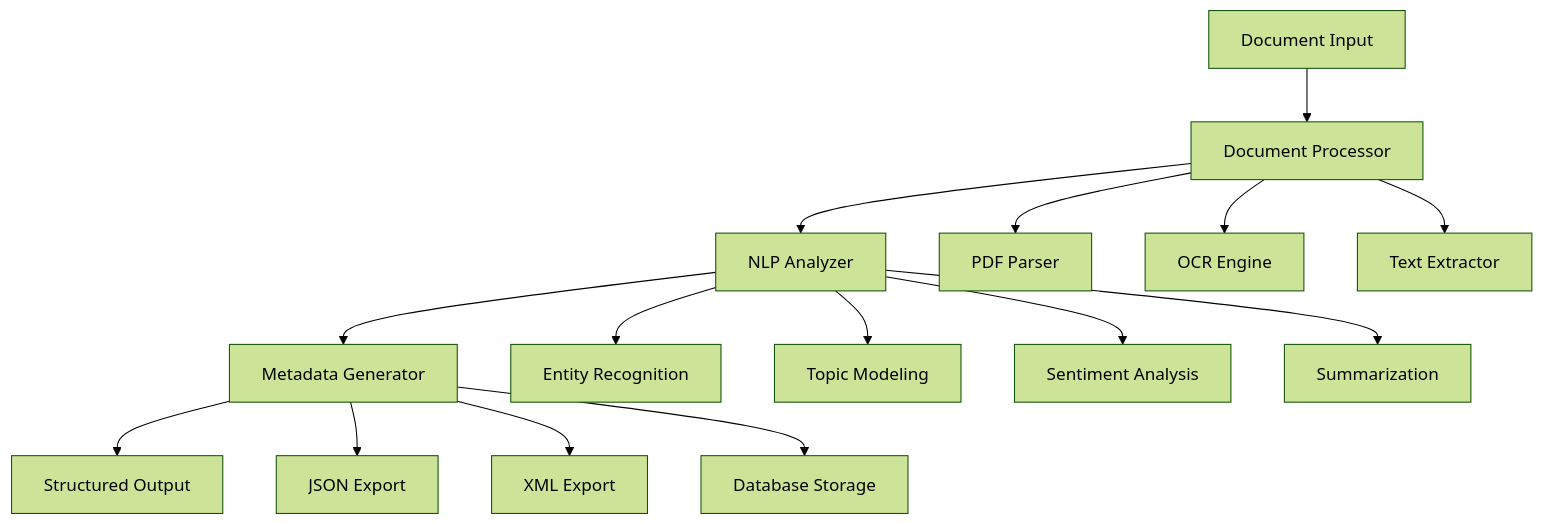
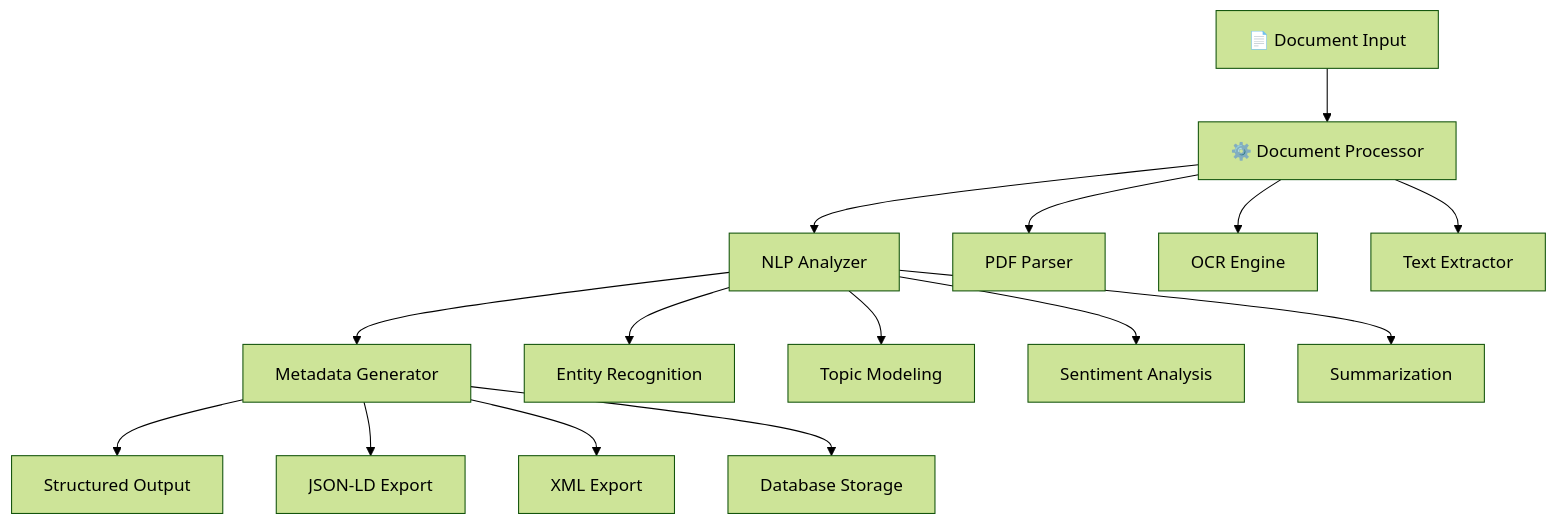
The diagram in README.md (t0bleronee/metadata_extraction), drawn with Mermaid (forest theme) before and after one commit. The commit also changed other lines of this file, not shown here.

````diff
--- a/README.md
+++ b/README.md
@@ -36,20 +36,23 @@
 ```mermaid
 graph TD
-    A[Document Input] --> B[Document Processor]
-    B --> C[NLP Analyzer]
-    C --> D[Metadata Generator]
-    D --> E[Structured Output]
-    
-    B --> B1[PDF Parser]
-    B --> B2[OCR Engine]
-    B --> B3[Text Extractor]
-    
-    C --> C1[Entity Recognition]
-    C --> C2[Topic Modeling]
-    C --> C3[Sentiment Analysis]
-    C --> C4[Summarization]
-    
-    D --> D1[JSON Export]
-    D --> D2[XML Export]
-    D --> D3[Database Storage]
+    A[📄 Document Input] --> B[⚙️ Document Processor]
+    B --> C[ NLP Analyzer]
+    C --> D[ Metadata Generator]
+    D --> E[ Structured Output]
+
+    %% Document Processor Components
+    B --> B1[ PDF Parser]
+    B --> B2[ OCR Engine]
+    B --> B3[ Text Extractor]
+
+    %% NLP Analyzer Components
+    C --> C1[ Entity Recognition]
+    C --> C2[ Topic Modeling]
+    C --> C3[ Sentiment Analysis]
+    C --> C4[ Summarization]
+
+    %% Metadata Generator Outputs
+    D --> D1[ JSON-LD Export]
+    D --> D2[ XML Export]
+    D --> D3[ Database Storage]
 ```
````
